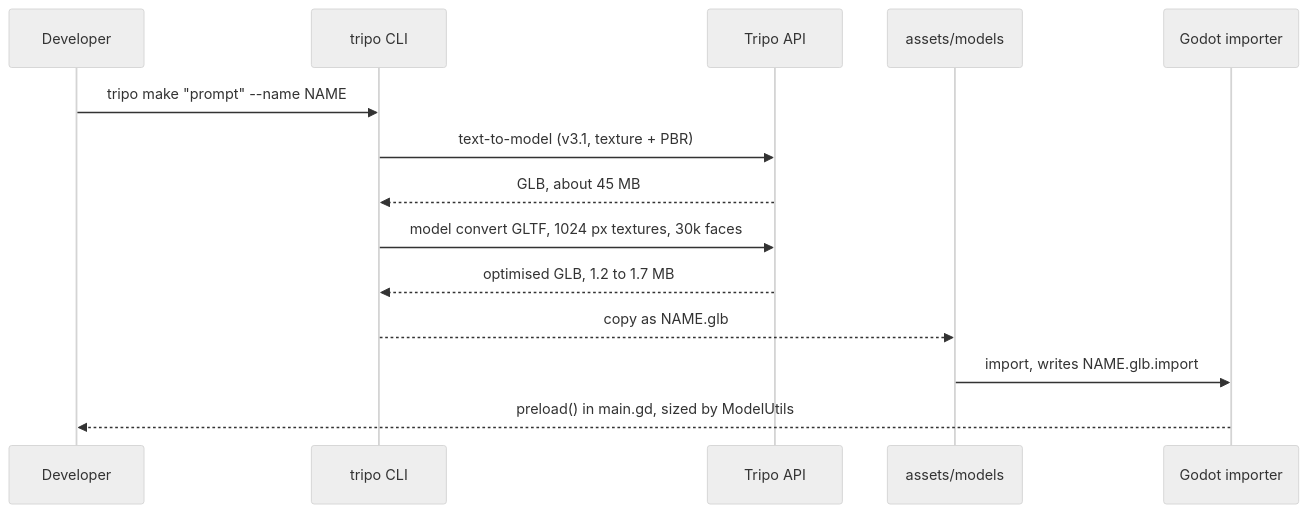
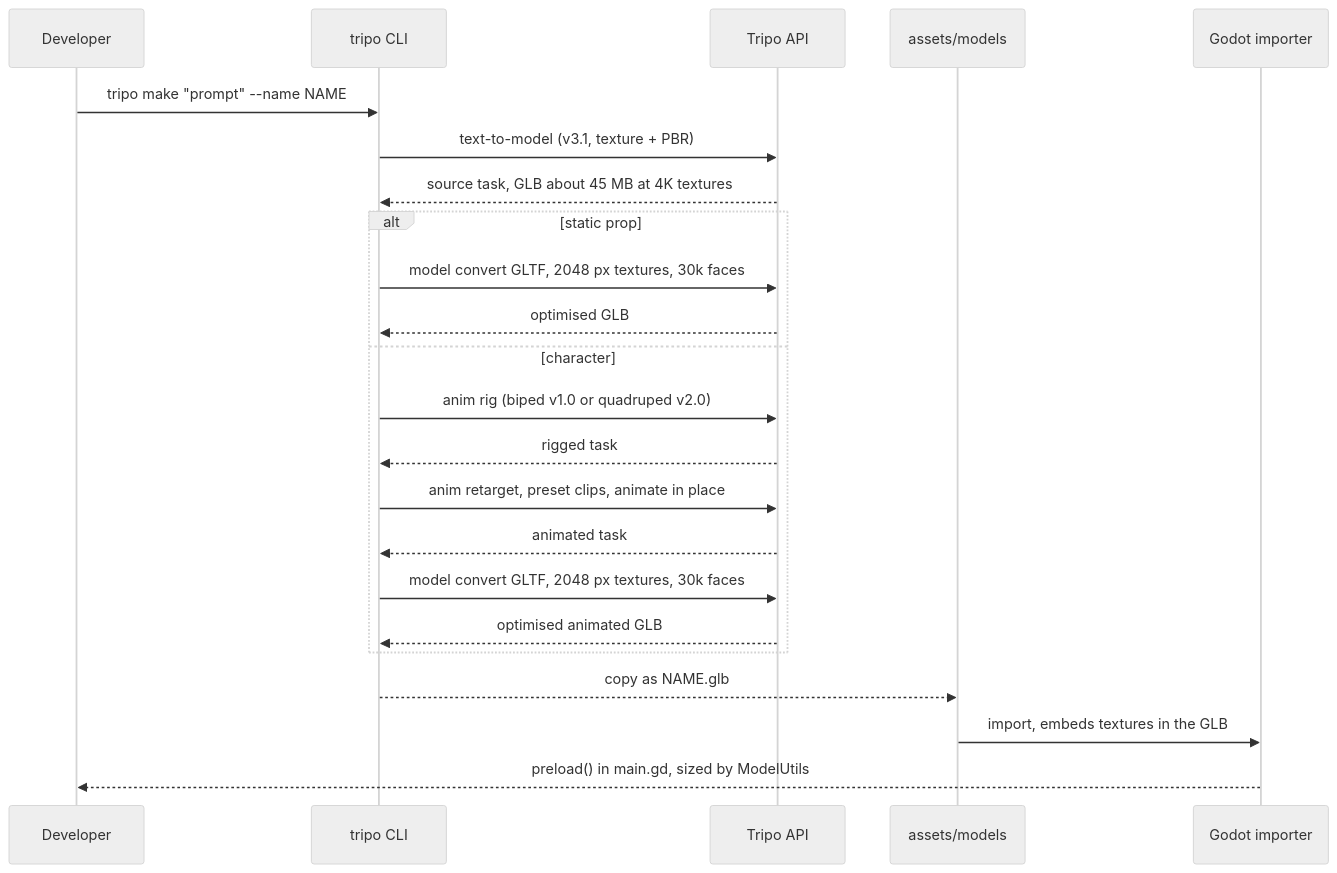
One commit to jgyy/trixian changed the diagram in docs/asset-pipeline.md. Above: the diagram before and after it, drawn with Mermaid (neutral theme). The commit also changed other lines of this file and 35 other files, not shown here.

````diff
--- a/docs/asset-pipeline.md
+++ b/docs/asset-pipeline.md
@@ -9,17 +10,26 @@
 ```mermaid
 sequenceDiagram
     participant Dev as Developer
     participant CLI as tripo CLI
     participant API as Tripo API
     participant Repo as assets/models
     participant Godot as Godot importer
 
     Dev->>CLI: tripo make "prompt" --name NAME
     CLI->>API: text-to-model (v3.1, texture + PBR)
-    API-->>CLI: GLB, about 45 MB
-    CLI->>API: model convert GLTF, 1024 px textures, 30k faces
-    API-->>CLI: optimised GLB, 1.2 to 1.7 MB
+    API-->>CLI: source task, GLB about 45 MB at 4K textures
+    alt static prop
+        CLI->>API: model convert GLTF, 2048 px textures, 30k faces
+        API-->>CLI: optimised GLB
+    else character
+        CLI->>API: anim rig (biped v1.0 or quadruped v2.0)
+        API-->>CLI: rigged task
+        CLI->>API: anim retarget, preset clips, animate in place
+        API-->>CLI: animated task
+        CLI->>API: model convert GLTF, 2048 px textures, 30k faces
+        API-->>CLI: optimised animated GLB
+    end
     CLI-->>Repo: copy as NAME.glb
-    Repo->>Godot: import, writes NAME.glb.import
+    Repo->>Godot: import, embeds textures in the GLB
     Godot-->>Dev: preload() in main.gd, sized by ModelUtils
 ```
````
